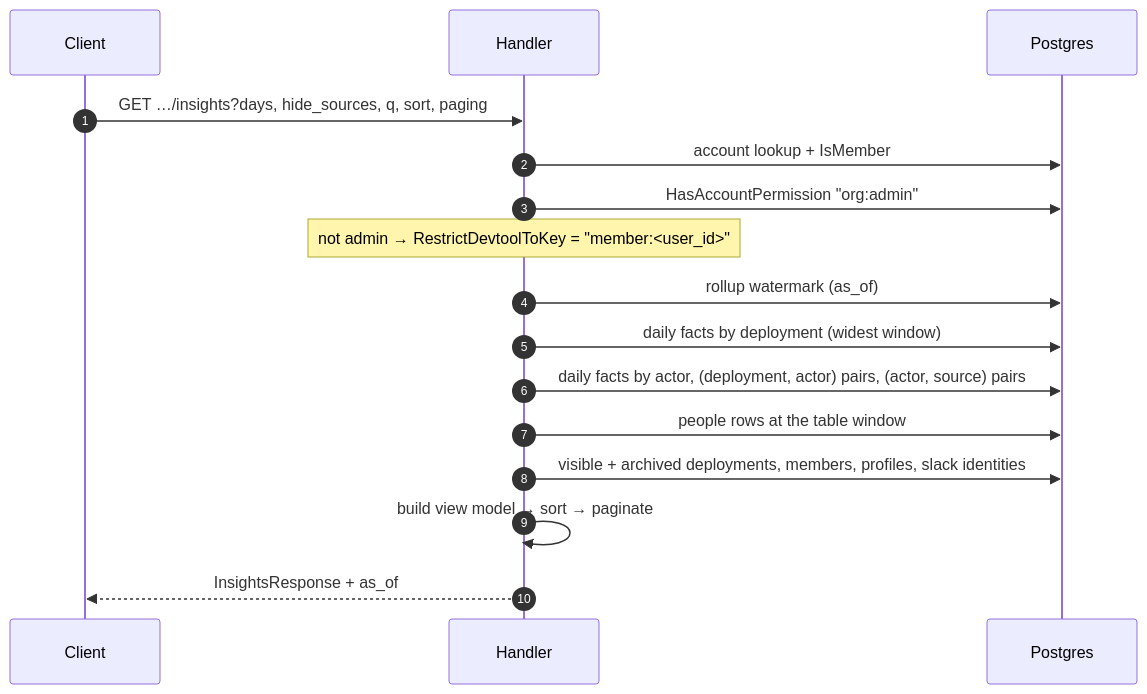
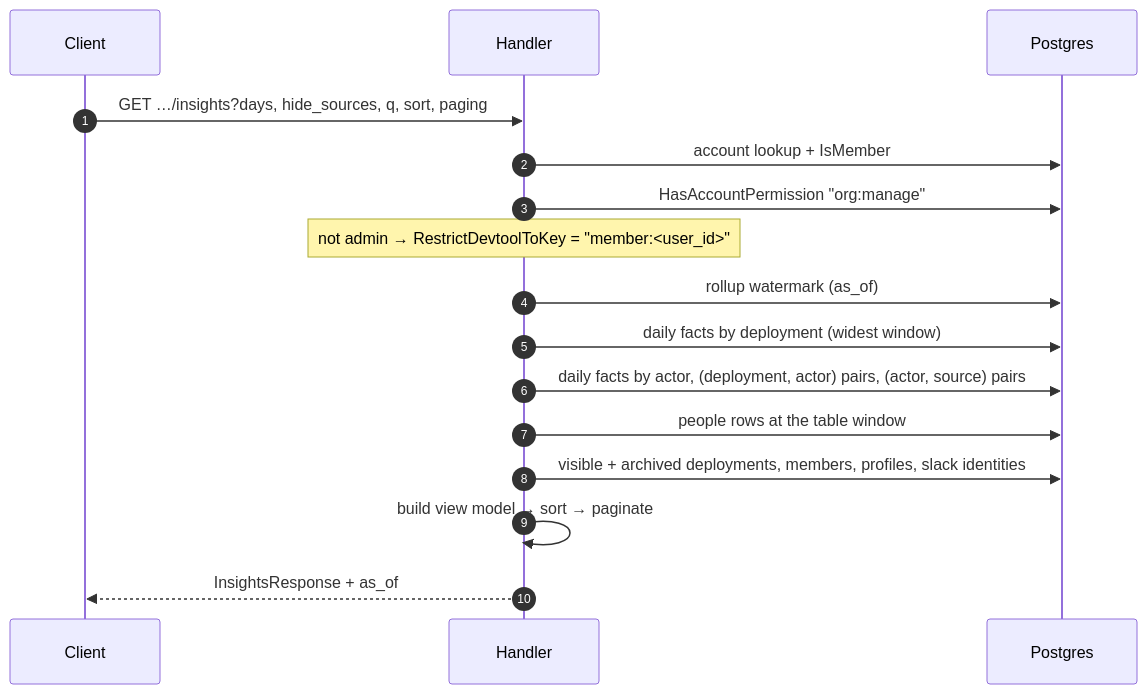
One commit to astropods/astro-cli changed the second of 5 diagrams in docs/03-architecture/insights.md. Above: the diagram before and after it, drawn with Mermaid. The commit also changed other lines of this file and 10 other files, not shown here.

First line of the commit message:
Stop referencing org:admin outside the historical record

````diff
--- a/docs/03-architecture/insights.md
+++ b/docs/03-architecture/insights.md
@@ -62,21 +62,21 @@
 ```mermaid
 sequenceDiagram
   autonumber
   participant C as Client
   participant H as Handler
   participant PG as Postgres
 
   C->>H: GET …/insights?days, hide_sources, q, sort, paging
   H->>PG: account lookup + IsMember
-  H->>PG: HasAccountPermission "org:admin"
+  H->>PG: HasAccountPermission "org:manage"
   Note over H: not admin → RestrictDevtoolToKey = "member:<user_id>"
 
   H->>PG: rollup watermark (as_of)
   H->>PG: daily facts by deployment (widest window)
   H->>PG: daily facts by actor, (deployment, actor) pairs, (actor, source) pairs
   H->>PG: people rows at the table window
   H->>PG: visible + archived deployments, members, profiles, slack identities
 
   H->>H: build view model → sort → paginate
   H-->>C: InsightsResponse + as_of
 ```
````
